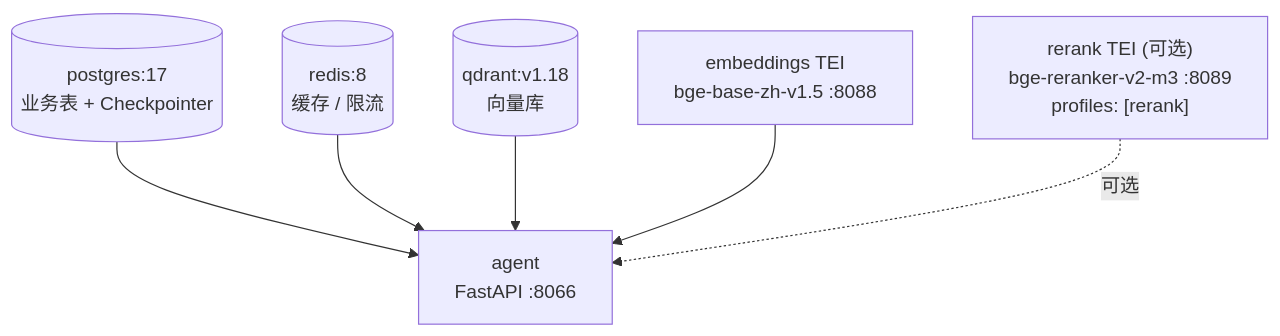
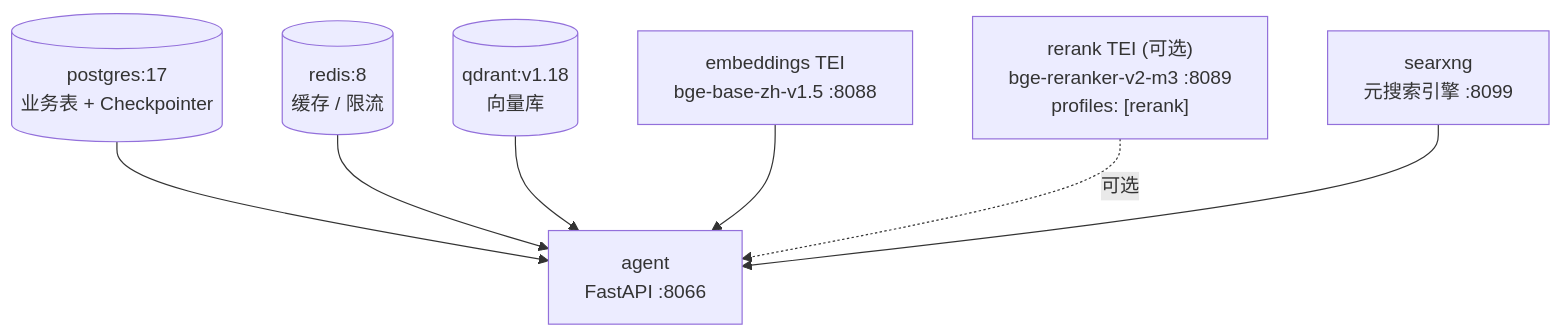
The eighth of 8 diagrams in docs/architecture.md (AgentInsight/agentinsight-researcher), drawn with Mermaid before and after one commit. The commit also changed other lines of this file and 46 other files, not shown here.

````diff
--- a/docs/architecture.md
+++ b/docs/architecture.md
@@ -334,15 +341,17 @@
 ```mermaid
 flowchart TD
     PG[("postgres:17<br/>业务表 + Checkpointer")]
     RD[("redis:8<br/>缓存 / 限流")]
     QD[("qdrant:v1.18<br/>向量库")]
     EB["embeddings TEI<br/>bge-base-zh-v1.5 :8088"]
     RB["rerank TEI (可选)<br/>bge-reranker-v2-m3 :8089<br/>profiles: [rerank]"]
+    SX["searxng<br/>元搜索引擎 :8099"]
     AG["agent<br/>FastAPI :8066"]
 
     PG --> AG
     RD --> AG
     QD --> AG
     EB --> AG
     RB -. 可选 .-> AG
+    SX --> AG
 ```
````
